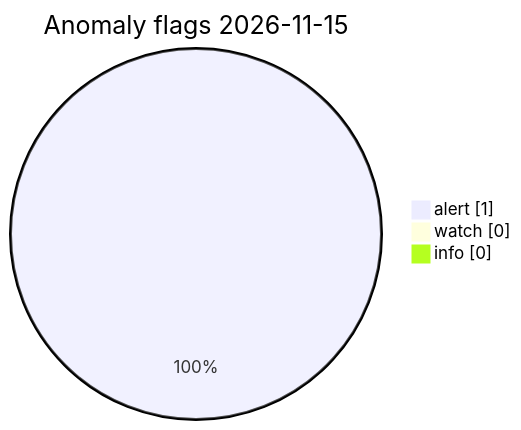
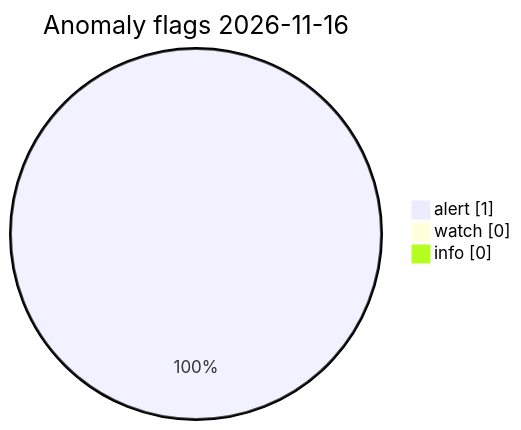
One commit to Midwest-Stratospheric/Unified-Open-Global-Weather changed the diagram in visuals/latest/CHARTS.md. Above: the diagram before and after it, drawn with Mermaid. The commit also changed other lines of this file and 23 other files, not shown here.

Commit message:
data(visuals): automated charts 2026-11-16T13:18Z

````diff
--- a/visuals/latest/CHARTS.md
+++ b/visuals/latest/CHARTS.md
@@ -73,7 +73,7 @@
 ```mermaid
 pie showData
-  title Anomaly flags 2026-11-15
+  title Anomaly flags 2026-11-16
   "alert" : 1
   "watch" : 0
   "info" : 0
 ```
````
